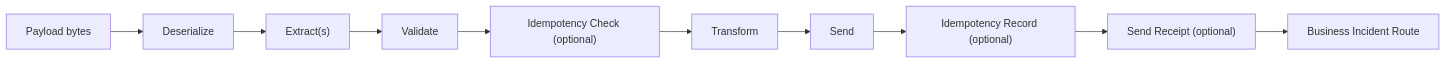
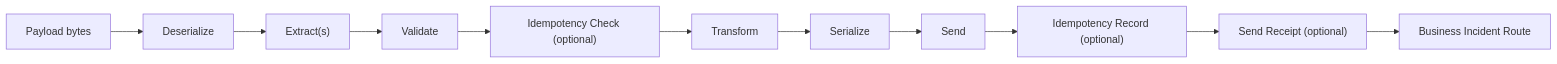
One commit to integrio-intropy/intropy-framework changed the diagram in docs/blocks/loader.md. Above: the diagram before and after it, drawn with Mermaid. The commit also changed other lines of this file and 18 other files, not shown here.

````diff
--- a/docs/blocks/loader.md
+++ b/docs/blocks/loader.md
@@ -7,12 +7,13 @@
 ```mermaid
 graph LR
     A[Payload bytes] --> B[Deserialize]
     B --> C["Extract(s)"]
     C --> D[Validate]
     D --> E["Idempotency Check (optional)"]
     E --> F[Transform]
-    F --> G[Send]
+    F --> S[Serialize]
+    S --> G[Send]
     G --> H["Idempotency Record (optional)"]
     H --> I["Send Receipt (optional)"]
     I --> J[Business Incident Route]
 ```
````
